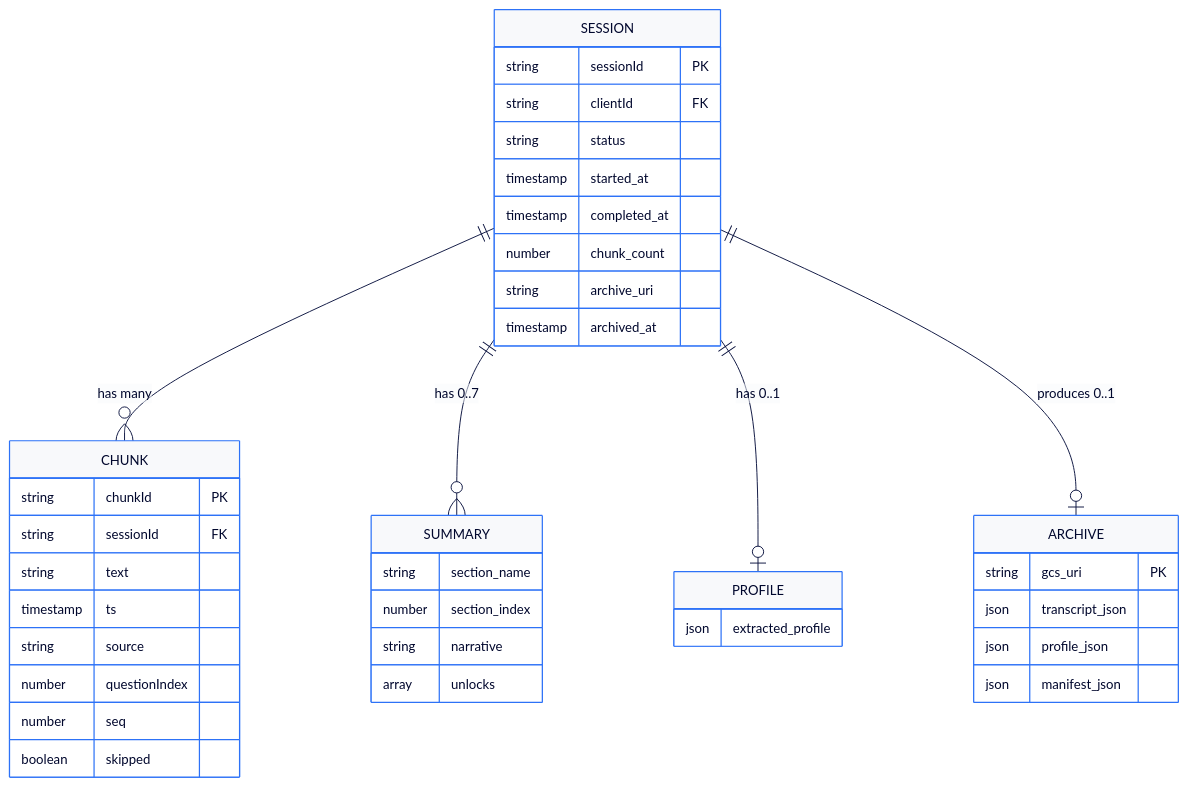
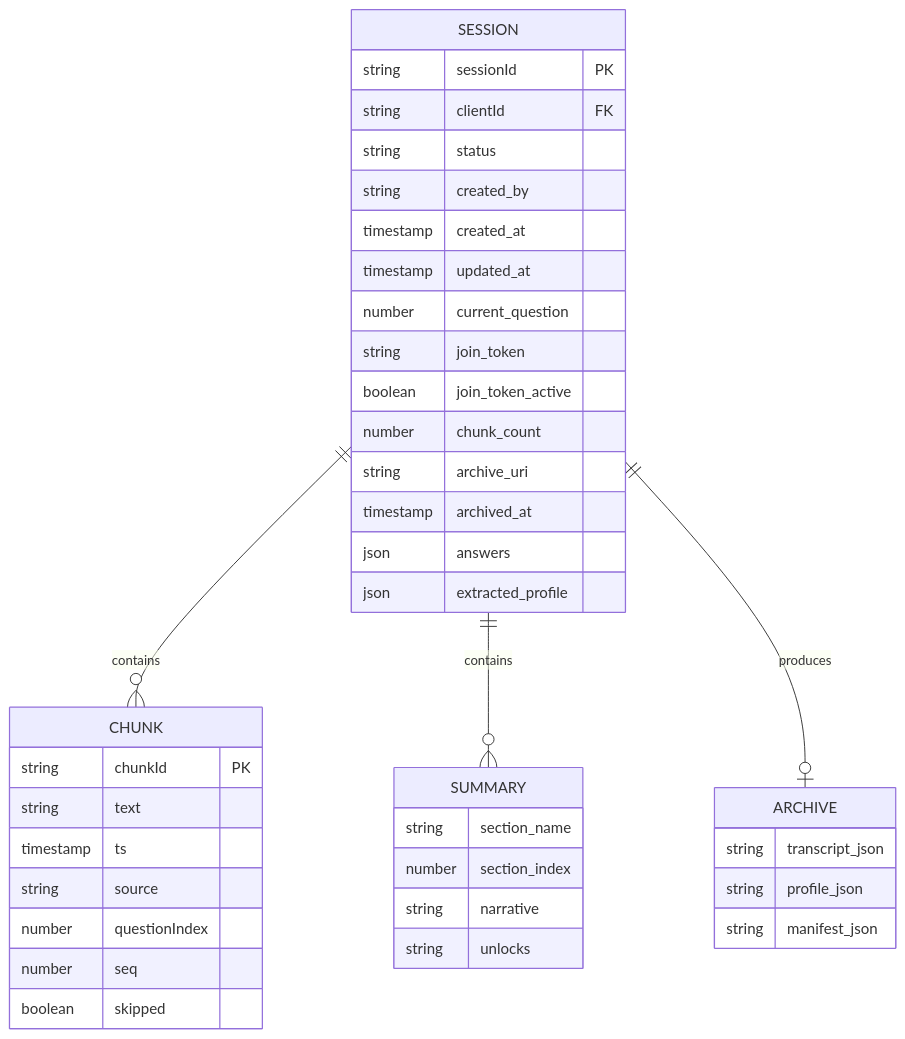
One commit to danielpalella/site-launch-tracker changed the fifth of 7 diagrams in docs/features/2026-05-03-transcript-pipeline/TRD-TRANSCRIPT-PIPELINE.md. Above: the diagram before and after it, drawn with Mermaid. The commit also changed other lines of this file, not shown here.

First line of the commit message:
Clean up Architecture and Data Model diagrams in TRD

````diff
--- a/docs/features/2026-05-03-transcript-pipeline/TRD-TRANSCRIPT-PIPELINE.md
+++ b/docs/features/2026-05-03-transcript-pipeline/TRD-TRANSCRIPT-PIPELINE.md
@@ -218,45 +227,42 @@
 ```mermaid
-%%{init: {'theme':'base','themeVariables':{'primaryColor':'#F8F9FB','primaryTextColor':'#00072D','primaryBorderColor':'#2D72F7','secondaryColor':'#F8F9FB','secondaryTextColor':'#00072D','secondaryBorderColor':'#DFE1E7','tertiaryColor':'#F8F9FB','tertiaryTextColor':'#00072D','tertiaryBorderColor':'#DFE1E7','lineColor':'#08103D','textColor':'#00072D','clusterBkg':'#F8F9FB','clusterBorder':'#DFE1E7','titleColor':'#08103D','edgeLabelBackground':'#FFFFFF','fontFamily':'Inter, Plus Jakarta Sans, sans-serif','fontSize':'14px'}}}%%
-
 erDiagram
-    SESSION ||--o{ CHUNK : "has many"
-    SESSION ||--o{ SUMMARY : "has 0..7"
-    SESSION ||--o| PROFILE : "has 0..1"
-    SESSION ||--o| ARCHIVE : "produces 0..1"
-
+    SESSION ||--o{ CHUNK : contains
+    SESSION ||--o{ SUMMARY : contains
     SESSION {
         string sessionId PK
         string clientId FK
         string status
-        timestamp started_at
-        timestamp completed_at
+        string created_by
+        timestamp created_at
+        timestamp updated_at
+        number current_question
+        string join_token
+        boolean join_token_active
         number chunk_count
         string archive_uri
         timestamp archived_at
+        json answers
+        json extracted_profile
     }
     CHUNK {
         string chunkId PK
-        string sessionId FK
         string text
         timestamp ts
         string source
         number questionIndex
         number seq
         boolean skipped
     }
     SUMMARY {
         string section_name
         number section_index
         string narrative
-        array unlocks
+        string unlocks
     }
-    PROFILE {
-        json extracted_profile
-    }
+    SESSION ||--o| ARCHIVE : produces
     ARCHIVE {
-        string gcs_uri PK
-        json transcript_json
-        json profile_json
-        json manifest_json
+        string transcript_json
+        string profile_json
+        string manifest_json
     }
 ```
````
